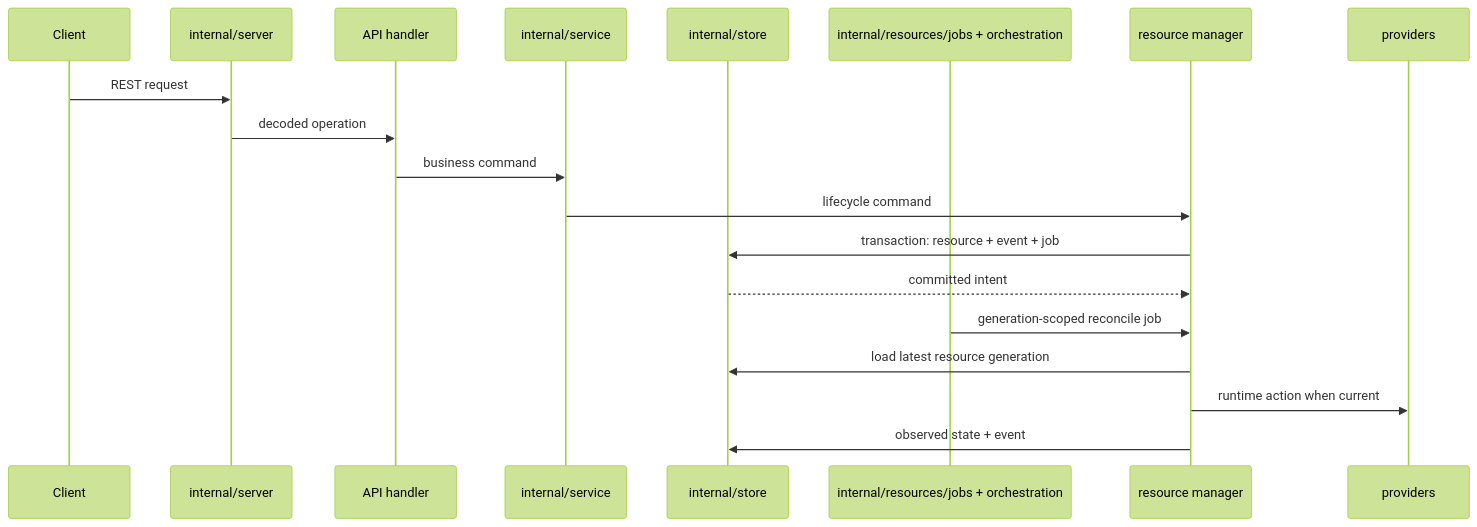
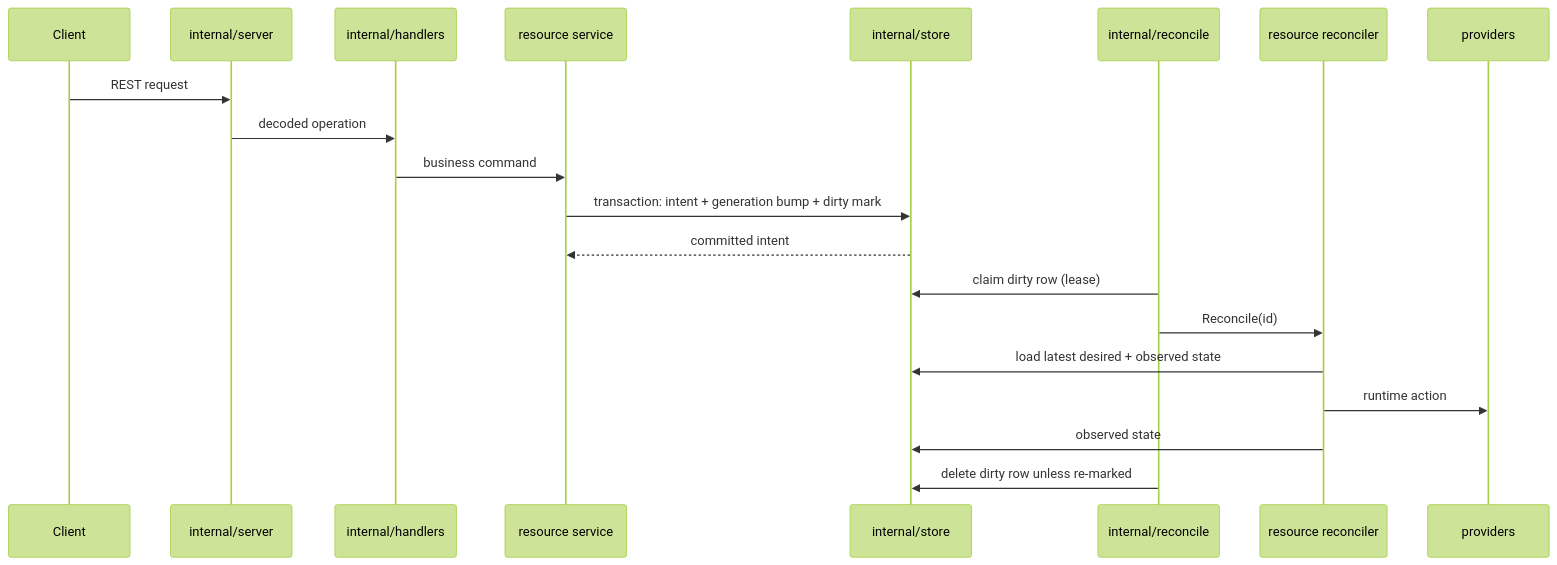
Before and after one commit to discobox-ai/discobox: the fourth of 4 diagrams in server/DESIGN.md, drawn with Mermaid (forest theme). The commit also changed other lines of this file and 37 other files, not shown here.

````diff
--- a/server/DESIGN.md
+++ b/server/DESIGN.md
@@ -581,22 +605,23 @@
 ```mermaid
 sequenceDiagram
     participant Client
     participant Router as internal/server
-    participant API as API handler
-    participant Service as internal/service
+    participant API as internal/handlers
+    participant Service as resource service
     participant Store as internal/store
-    participant Jobs as internal/resources/jobs + orchestration
-    participant Manager as resource manager
+    participant Engine as internal/reconcile
+    participant Reconciler as resource reconciler
     participant Provider as providers
 
     Client->>Router: REST request
     Router->>API: decoded operation
     API->>Service: business command
-    Service->>Manager: lifecycle command
-    Manager->>Store: transaction: resource + event + job
-    Store-->>Manager: committed intent
-    Jobs->>Manager: generation-scoped reconcile job
-    Manager->>Store: load latest resource generation
-    Manager->>Provider: runtime action when current
-    Manager->>Store: observed state + event
+    Service->>Store: transaction: intent + generation bump + dirty mark
+    Store-->>Service: committed intent
+    Engine->>Store: claim dirty row (lease)
+    Engine->>Reconciler: Reconcile(id)
+    Reconciler->>Store: load latest desired + observed state
+    Reconciler->>Provider: runtime action
+    Reconciler->>Store: observed state
+    Engine->>Store: delete dirty row unless re-marked
 ```
````
